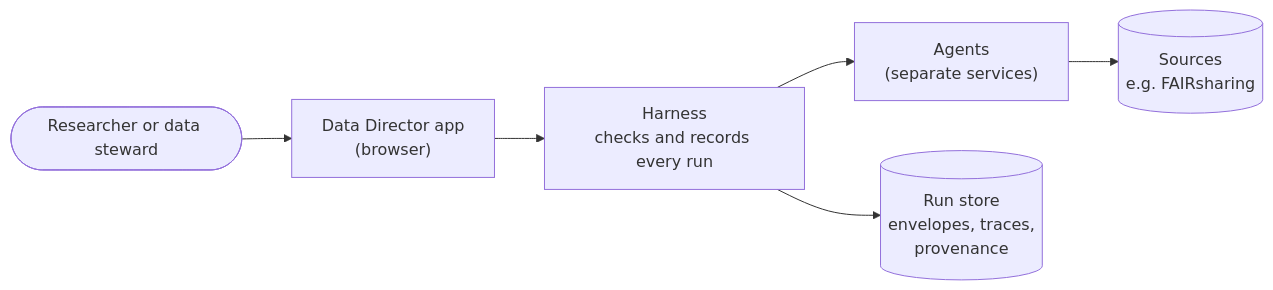
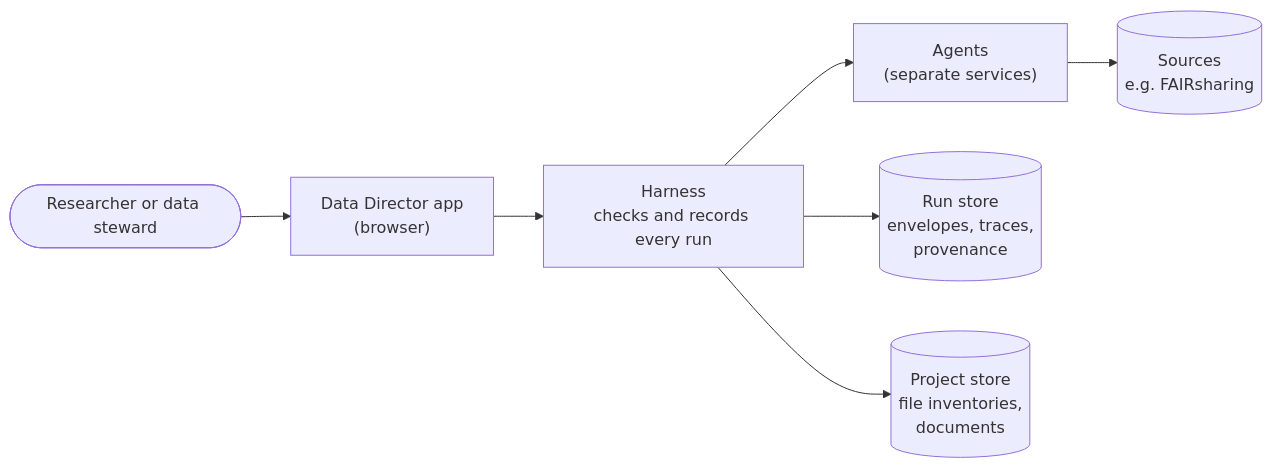
Before and after one commit to data-director-agent/data-director: the first of 5 diagrams in docs/architecture.md, drawn with Mermaid. The commit also changed other lines of this file and 2 other files, not shown here.

First line of the commit message:
docs(adr): decide the project and its files (#368)

````diff
--- a/docs/architecture.md
+++ b/docs/architecture.md
@@ -26,15 +26,17 @@
 ```mermaid
 flowchart LR
     person(["Researcher or data steward"])
     app["Data Director app<br/>(browser)"]
     harness["Harness<br/>checks and records every run"]
     agents["Agents<br/>(separate services)"]
     sources[("Sources<br/>e.g. FAIRsharing")]
     runs[("Run store<br/>envelopes, traces,<br/>provenance")]
+    projects[("Project store<br/>file inventories,<br/>documents")]
 
     person --> app
     app --> harness
     harness --> agents
     agents --> sources
     harness --> runs
+    harness --> projects
 ```
````
